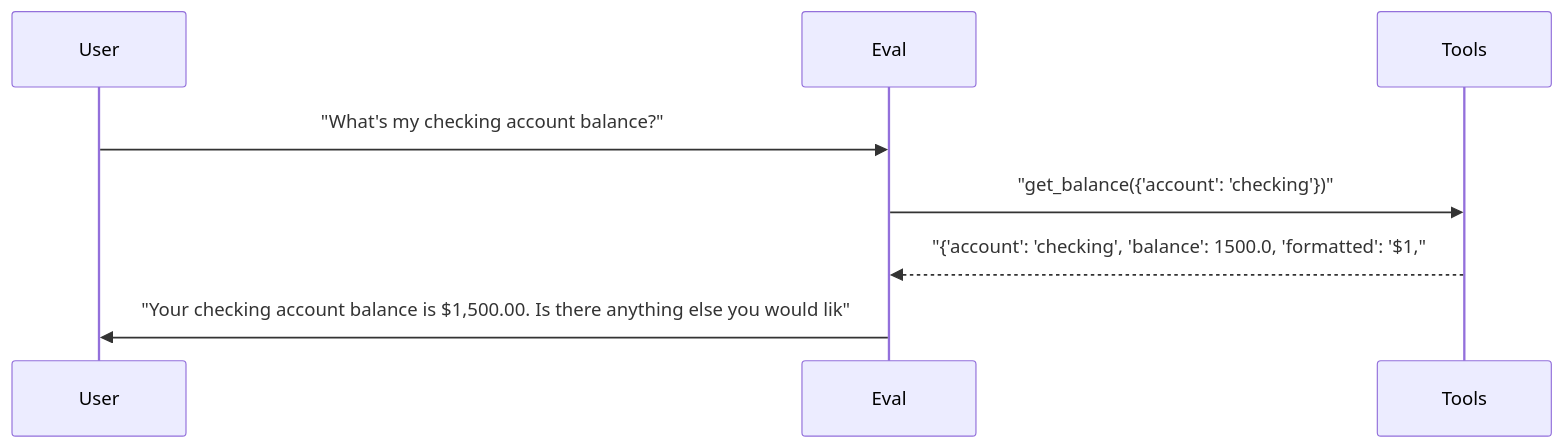
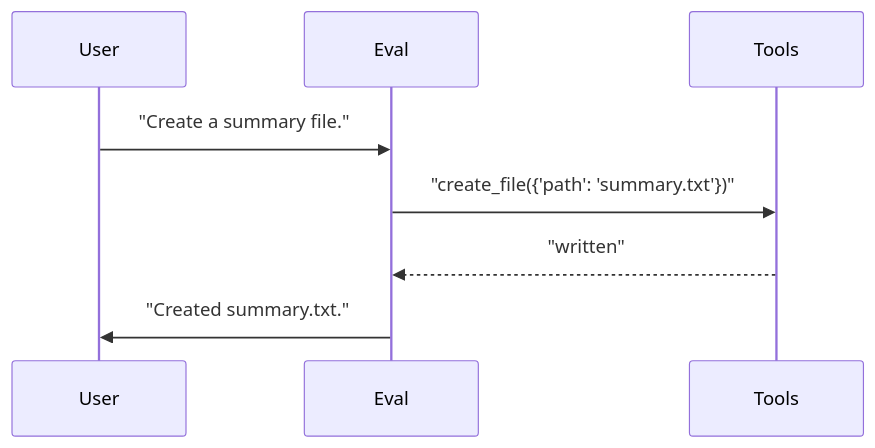
Before and after one commit to sbroenne/pytest-skill-engineering: the second of 2 diagrams in docs/reports/04_agent_selector.md, drawn with Mermaid. The commit also changed other lines of this file and 137 other files, not shown here.

````diff
--- a/docs/reports/04_agent_selector.md
+++ b/docs/reports/04_agent_selector.md
@@ -158,11 +93,11 @@
 ```mermaid
 sequenceDiagram
     participant User
     participant Eval
     participant Tools
 
-    User->>Eval: "What's my checking account balance?"
-    Eval->>Tools: "get_balance({'account': 'checking'})"
-    Tools-->>Eval: "{'account': 'checking', 'balance': 1500.0, 'formatted': '$1,"
-    Eval->>User: "Your checking account balance is $1,500.00. Is there anything else you would lik"
+    User->>Eval: "Create a summary file."
+    Eval->>Tools: "create_file({'path': 'summary.txt'})"
+    Tools-->>Eval: "written"
+    Eval->>User: "Created summary.txt."
 ```
````
